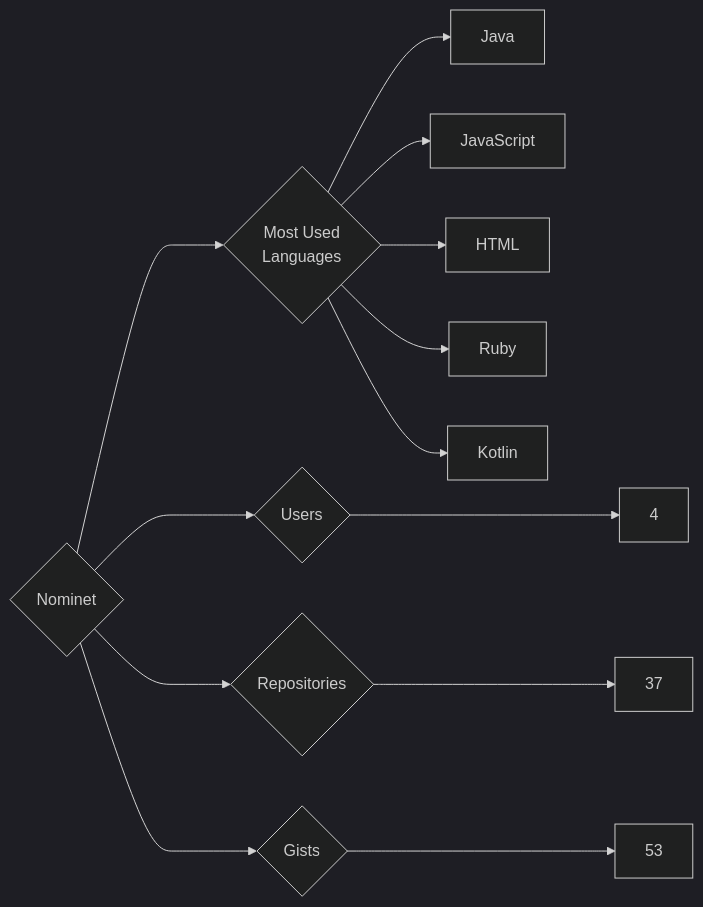
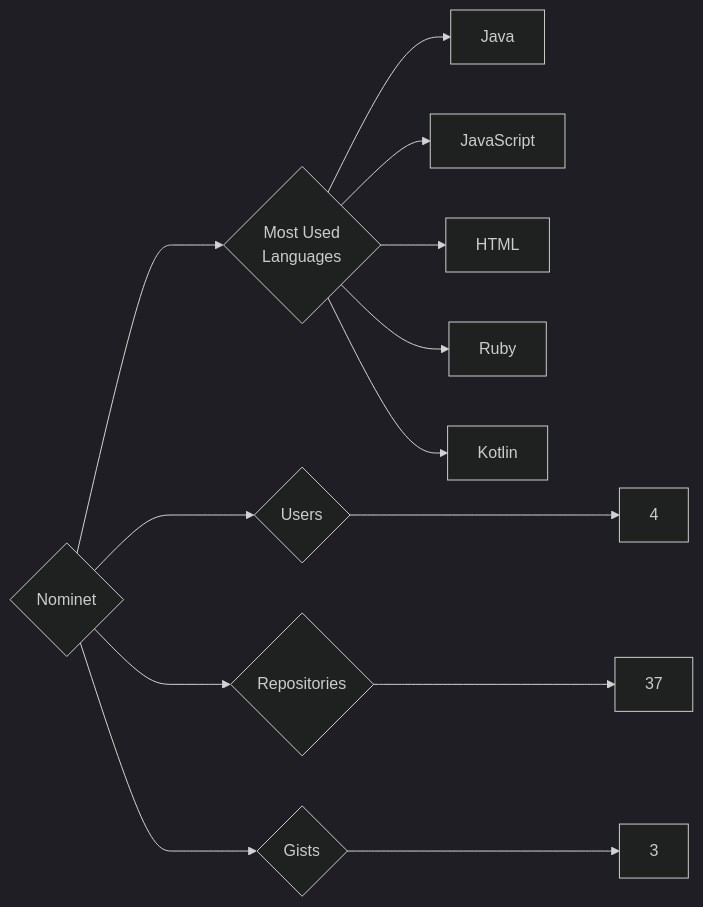
Before and after one commit to trickest/insiders: the diagram in targets/Nominet/README.md, drawn with Mermaid (dark theme). The commit also changed 1389 other files, not shown here.

````diff
--- a/targets/Nominet/README.md
+++ b/targets/Nominet/README.md
@@ -3,13 +3,13 @@
 ```mermaid
 graph LR
 COMPANY_NAME{Nominet}
 COMPANY_NAME ---> U{Users} ---> UN[4]
 COMPANY_NAME ---> R{Repositories} ---> RN[37]
-COMPANY_NAME ---> G{Gists} ---> GN[53]
+COMPANY_NAME ---> G{Gists} ---> GN[3]
 COMPANY_NAME ---> ML{Most Used<br>Languages}
 ML --> Java[Java]
 ML --> JavaScript[JavaScript]
 ML --> HTML[HTML]
 ML --> Ruby[Ruby]
 ML --> Kotlin[Kotlin]
 ```
````
